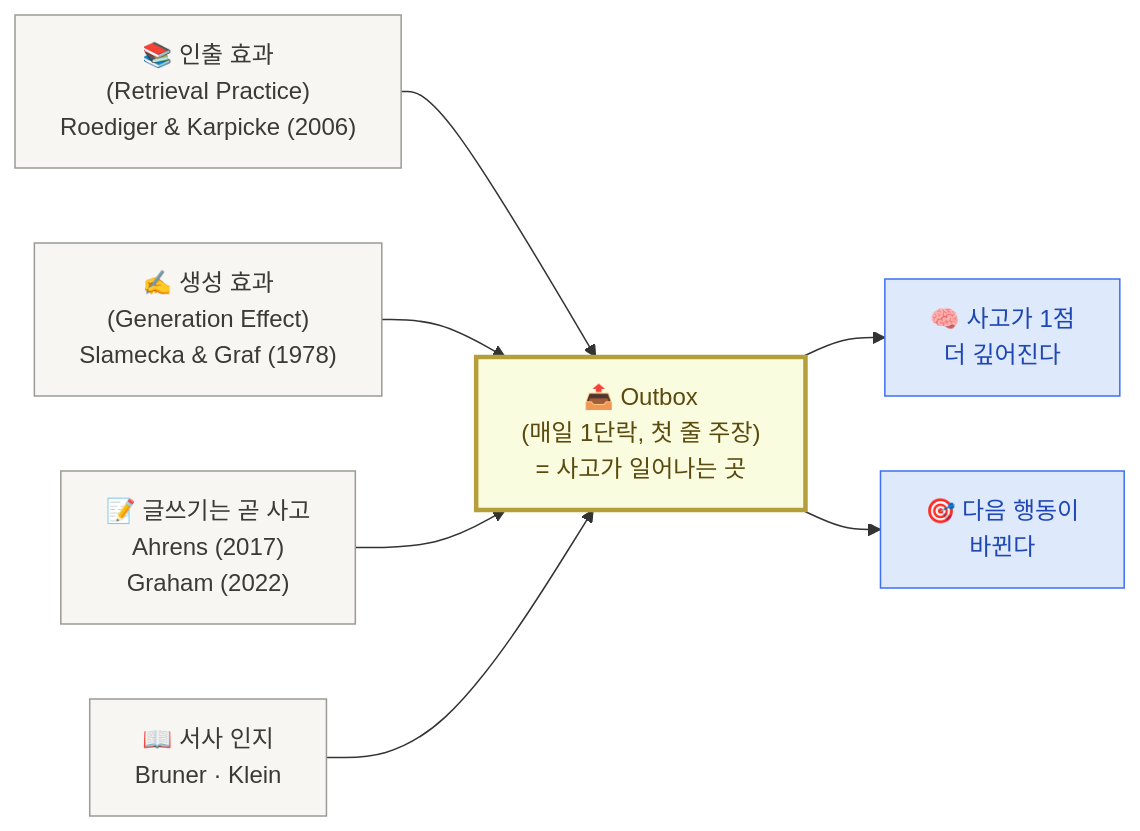
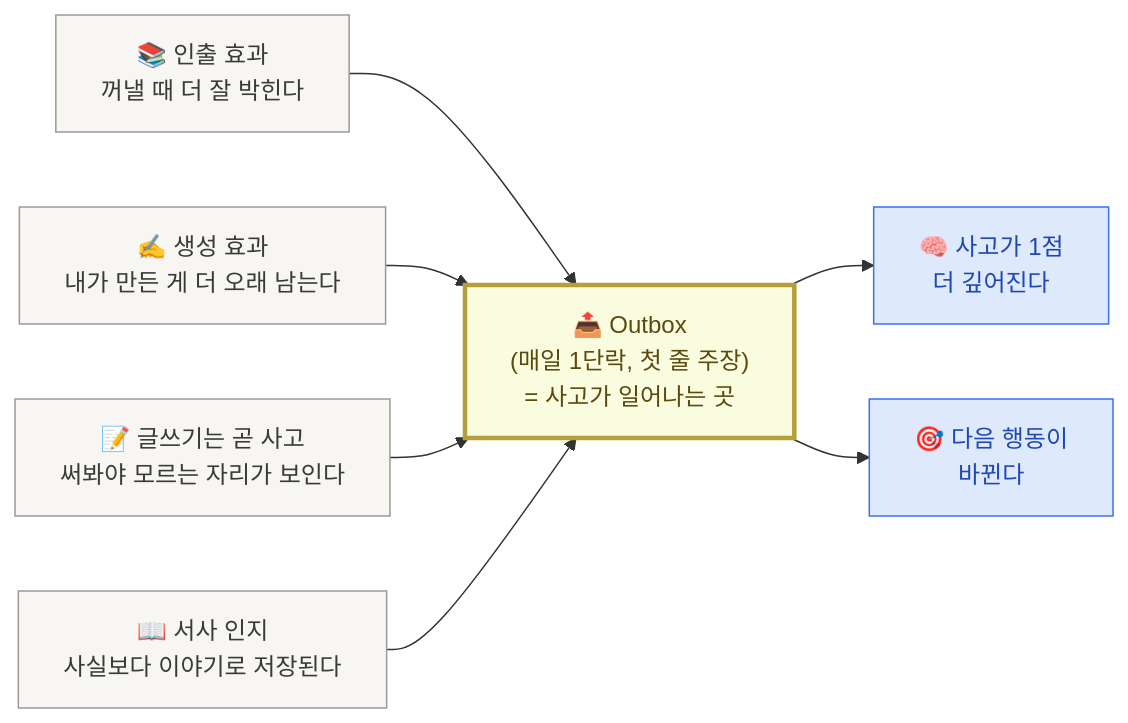
The second of 2 diagrams in content/mechanism.mdx (imakerjun/ai-learning-agent-workshop), drawn with Mermaid before and after one commit. The commit also changed other lines of this file and 8 other files, not shown here.

````diff
--- a/content/mechanism.mdx
+++ b/content/mechanism.mdx
@@ -113,26 +113,26 @@
 ```mermaid
 flowchart LR
-    R["📚 인출 효과<br/>(Retrieval Practice)<br/>Roediger & Karpicke (2006)"]
-    G["✍️ 생성 효과<br/>(Generation Effect)<br/>Slamecka & Graf (1978)"]
-    A["📝 글쓰기는 곧 사고<br/>Ahrens (2017)<br/>Graham (2022)"]
-    N["📖 서사 인지<br/>Bruner · Klein"]
+    R["📚 인출 효과<br/>꺼낼 때 더 잘 박힌다"]
+    G["✍️ 생성 효과<br/>내가 만든 게 더 오래 남는다"]
+    A["📝 글쓰기는 곧 사고<br/>써봐야 모르는 자리가 보인다"]
+    N["📖 서사 인지<br/>사실보다 이야기로 저장된다"]
 
     Out["📤 Outbox<br/>(매일 1단락, 첫 줄 주장)<br/>= 사고가 일어나는 곳"]
 
     Think["🧠 사고가 1점<br/>더 깊어진다"]
     Act["🎯 다음 행동이<br/>바뀐다"]
 
     R --> Out
     G --> Out
     A --> Out
     N --> Out
     Out --> Think
     Out --> Act
 
     classDef src fill:#f7f6f3,stroke:#9b9a97,color:#3a3a37
     classDef out fill:#fafce0,stroke:#b59f3b,stroke-width:3px,color:#5b4a0e
     classDef result fill:#dee9fb,stroke:#3d6ff2,color:#1f47b3
     class R,G,A,N src
     class Out out
     class Think,Act result
 ```
````
